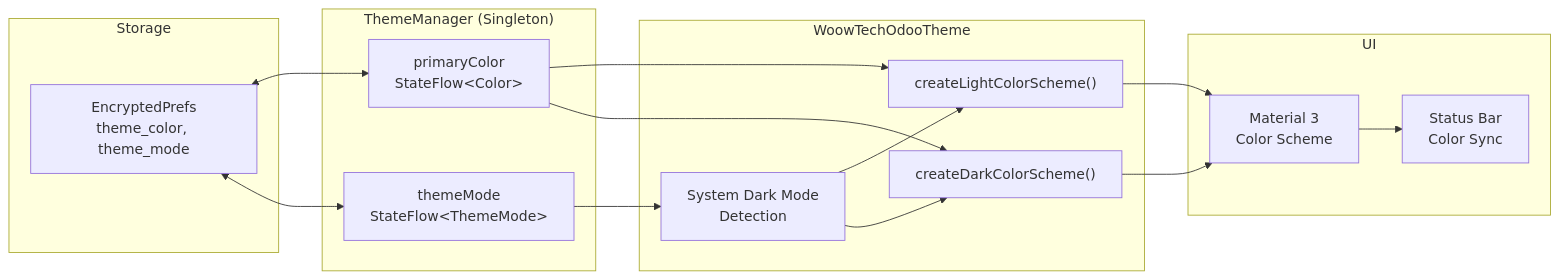
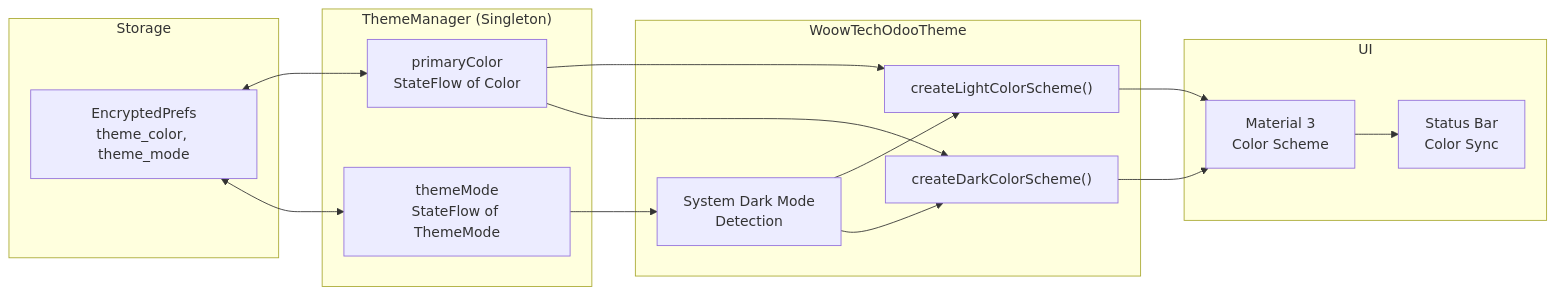
One commit to WOOWTECH/Woow_odoo_app changed diagram 17 of 24 in docs/architecture-overview.md. Above: the diagram before and after it, drawn with Mermaid. The commit also changed other lines of this file, not shown here.

First line of the commit message:
fix: resolve Mermaid syntax errors in architecture diagrams

````diff
--- a/docs/architecture-overview.md
+++ b/docs/architecture-overview.md
@@ -719,31 +719,31 @@
 ```mermaid
 graph LR
     subgraph "ThemeManager (Singleton)"
-        PC["primaryColor<br/>StateFlow&lt;Color&gt;"]
-        TM["themeMode<br/>StateFlow&lt;ThemeMode&gt;"]
+        PC["primaryColor<br/>StateFlow of Color"]
+        TM["themeMode<br/>StateFlow of ThemeMode"]
     end
 
     subgraph "WoowTechOdooTheme"
         LIGHT["createLightColorScheme()"]
         DARK["createDarkColorScheme()"]
         DETECT["System Dark Mode<br/>Detection"]
     end
 
     subgraph "Storage"
         PREFS["EncryptedPrefs<br/>theme_color, theme_mode"]
     end
 
     subgraph "UI"
         M3["Material 3<br/>Color Scheme"]
         STATUS["Status Bar<br/>Color Sync"]
     end
 
     PC --> LIGHT & DARK
     TM --> DETECT
     DETECT --> LIGHT
     DETECT --> DARK
     LIGHT --> M3
     DARK --> M3
     M3 --> STATUS
     PREFS <--> PC & TM
 ```
````
